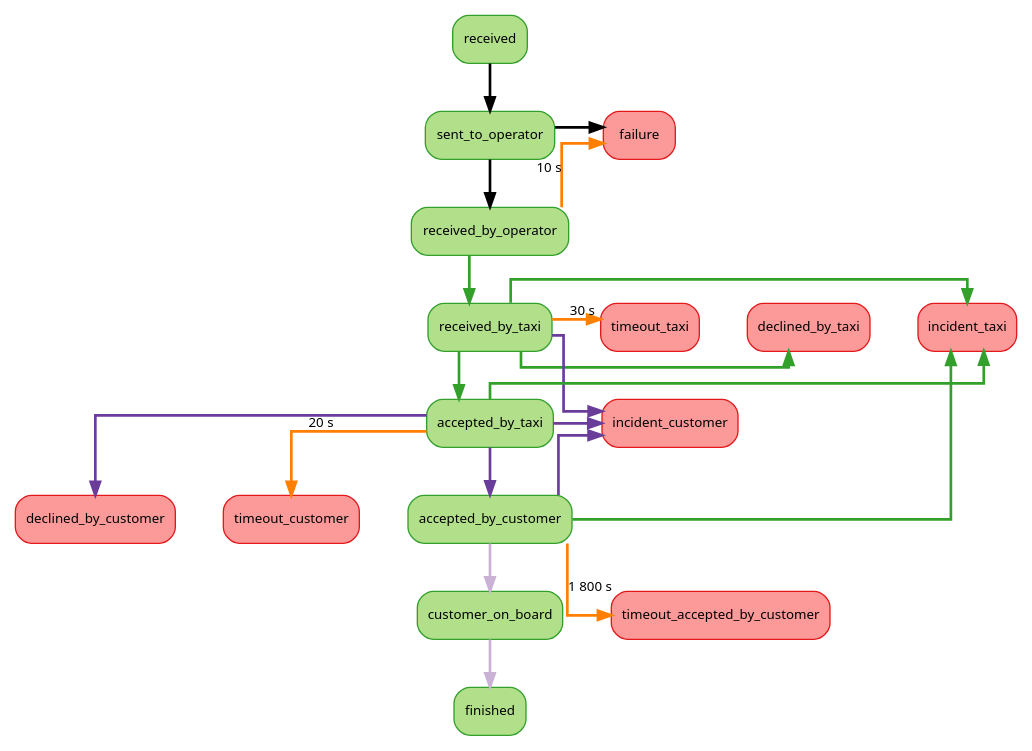
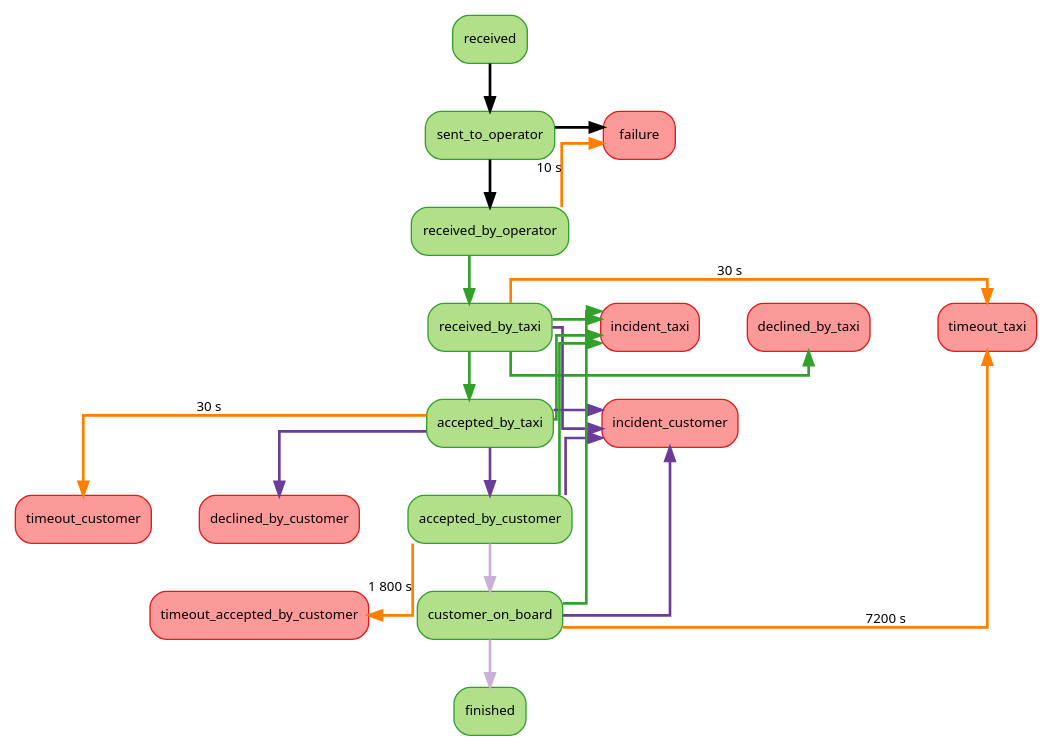
Before and after one commit to openmaraude/console: the diagram in public/images/doc/trip-status.gv, drawn with Graphviz. The commit also changed 1 other file, not shown here.

Commit message:
doc: update trip graph to follow the code

```diff
--- a/public/images/doc/trip-status.gv
+++ b/public/images/doc/trip-status.gv
@@ -1,62 +1,65 @@
 digraph {
     rankdir=TB;
     splines=ortho;
     nodesep=0.5;
     node [shape=box,fontname=sans,fontsize=10,colorscheme=paired10];
     edge [fontname=sans,fontsize=10,colorscheme=paired10];
     node [color=4,style="rounded,filled",fillcolor=3];
     received;
     sent_to_operator;
     received_by_operator;
     received_by_taxi;
     accepted_by_taxi;
     accepted_by_customer;
     customer_on_board;
     finished;
     node [color=6,fillcolor=5];
     failure;
     declined_by_taxi;
     incident_taxi;
     timeout_taxi;
     incident_customer;
     declined_by_customer;
     timeout_customer;
     timeout_accepted_by_customer;
 
     edge [style=bold]; // server update
     received -> sent_to_operator [weight=8];
     sent_to_operator -> received_by_operator [weight=8];
     sent_to_operator -> failure;
 
     edge [color=4]; // operator updates
     received_by_operator -> received_by_taxi [weight=8];
     received_by_taxi -> accepted_by_taxi [weight=8];
     received_by_taxi -> declined_by_taxi;
     received_by_taxi -> incident_taxi;
     accepted_by_taxi -> incident_taxi;
     accepted_by_customer -> incident_taxi;
+    customer_on_board -> incident_taxi;
 
     edge [color=8]; // timeouts
     received_by_operator -> failure [xlabel="10 s"];
     received_by_taxi -> timeout_taxi [xlabel="30 s"];
-    accepted_by_taxi -> timeout_customer [xlabel="20 s"];
+    accepted_by_taxi -> timeout_customer [xlabel="30 s"];
     accepted_by_customer -> timeout_accepted_by_customer [xlabel="1 800 s"];
+    customer_on_board -> timeout_taxi [xlabel="7200 s"];
 
     edge [color=10]; // search engine updates
     accepted_by_taxi -> accepted_by_customer [weight=8];
     received_by_taxi -> incident_customer;
     accepted_by_taxi -> incident_customer;
     accepted_by_taxi -> declined_by_customer;
     accepted_by_customer -> incident_customer;
+    customer_on_board -> incident_customer;
 
     edge [color=9]; // after taxi status update
     accepted_by_customer -> customer_on_board [weight=8];
     customer_on_board -> finished [weight=8];
 
     { rank = same; sent_to_operator; failure; }
     { rank = same; received_by_taxi; incident_taxi; }
     { rank = same; received_by_taxi; timeout_taxi; }
     { rank = same; received_by_taxi; declined_by_taxi; }
     { rank = same; accepted_by_taxi; incident_customer; }
     { rank = same; customer_on_board; timeout_accepted_by_customer; }
 }
```
